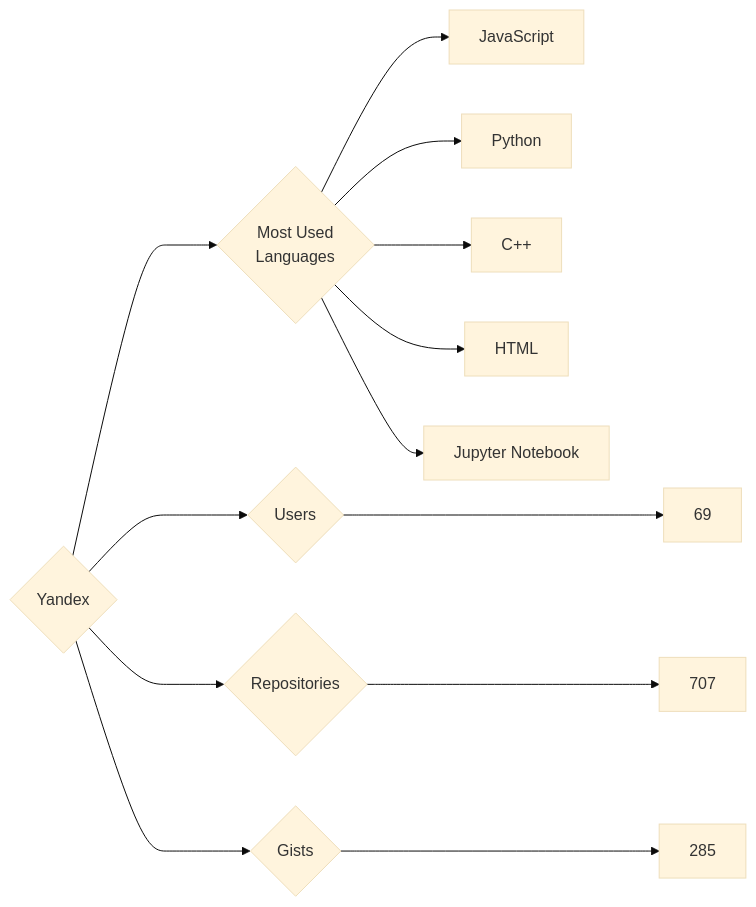
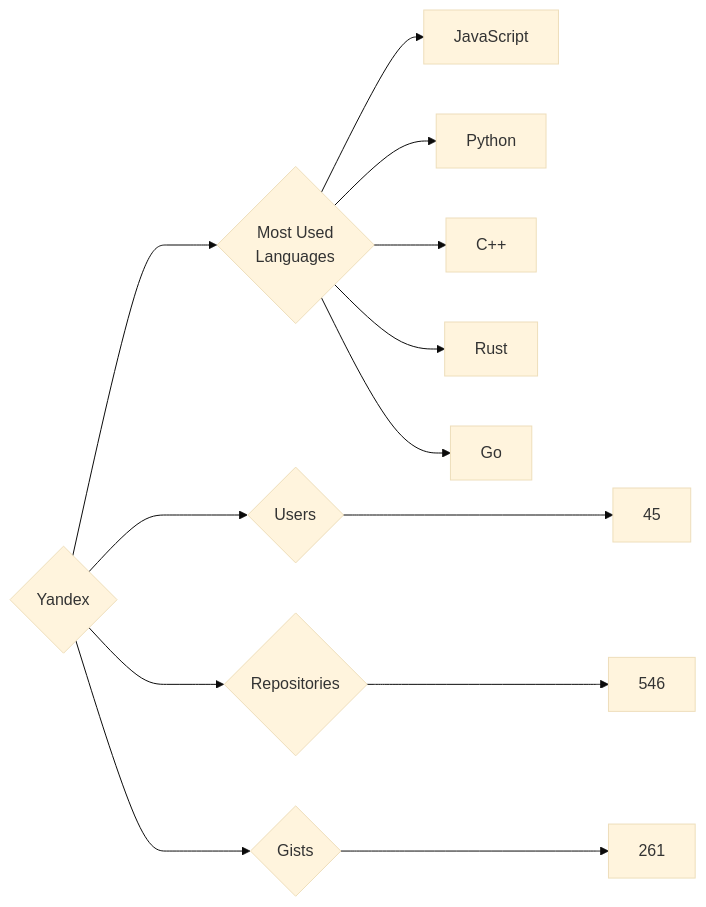
The diagram in targets/Yandex/README.md (trickest/insiders), drawn with Mermaid (base theme) before and after one commit. The commit also changed 964 other files, not shown here.

````diff
--- a/targets/Yandex/README.md
+++ b/targets/Yandex/README.md
@@ -3,13 +3,13 @@
 ```mermaid
 graph LR
 COMPANY_NAME{Yandex}
-COMPANY_NAME ---> U{Users} ---> UN[69]
-COMPANY_NAME ---> R{Repositories} ---> RN[707]
-COMPANY_NAME ---> G{Gists} ---> GN[285]
+COMPANY_NAME ---> U{Users} ---> UN[45]
+COMPANY_NAME ---> R{Repositories} ---> RN[546]
+COMPANY_NAME ---> G{Gists} ---> GN[261]
 COMPANY_NAME ---> ML{Most Used<br>Languages}
 ML --> JavaScript[JavaScript]
 ML --> Python[Python]
 ML --> C++[C++]
-ML --> HTML[HTML]
-ML --> Jupyter_Notebook[Jupyter Notebook]
+ML --> Rust[Rust]
+ML --> Go[Go]
 ```
````
